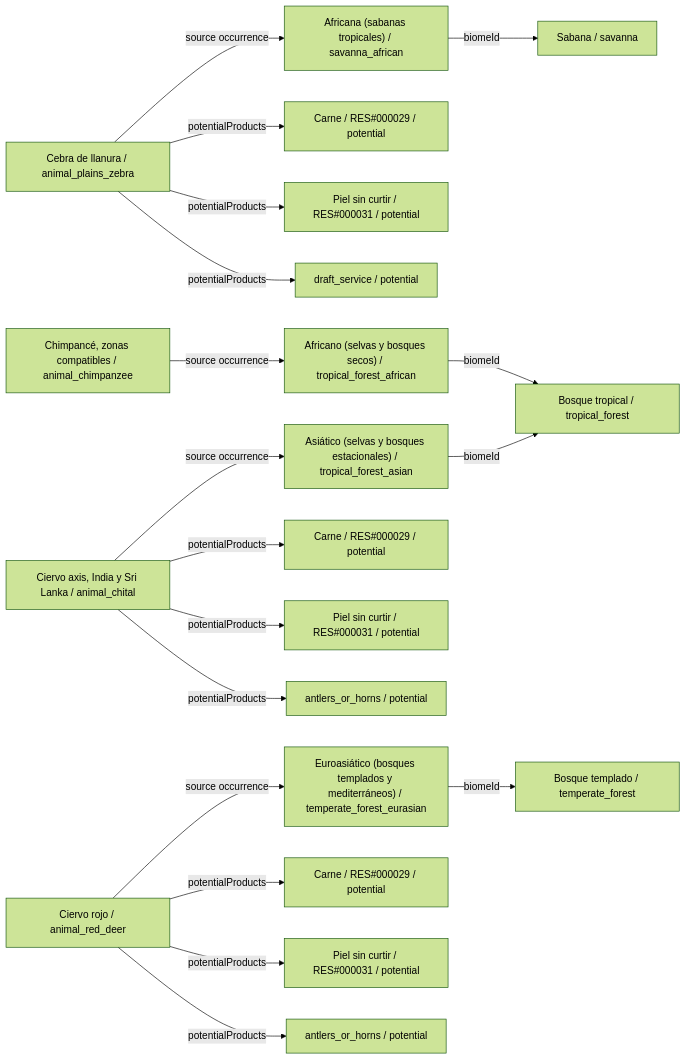
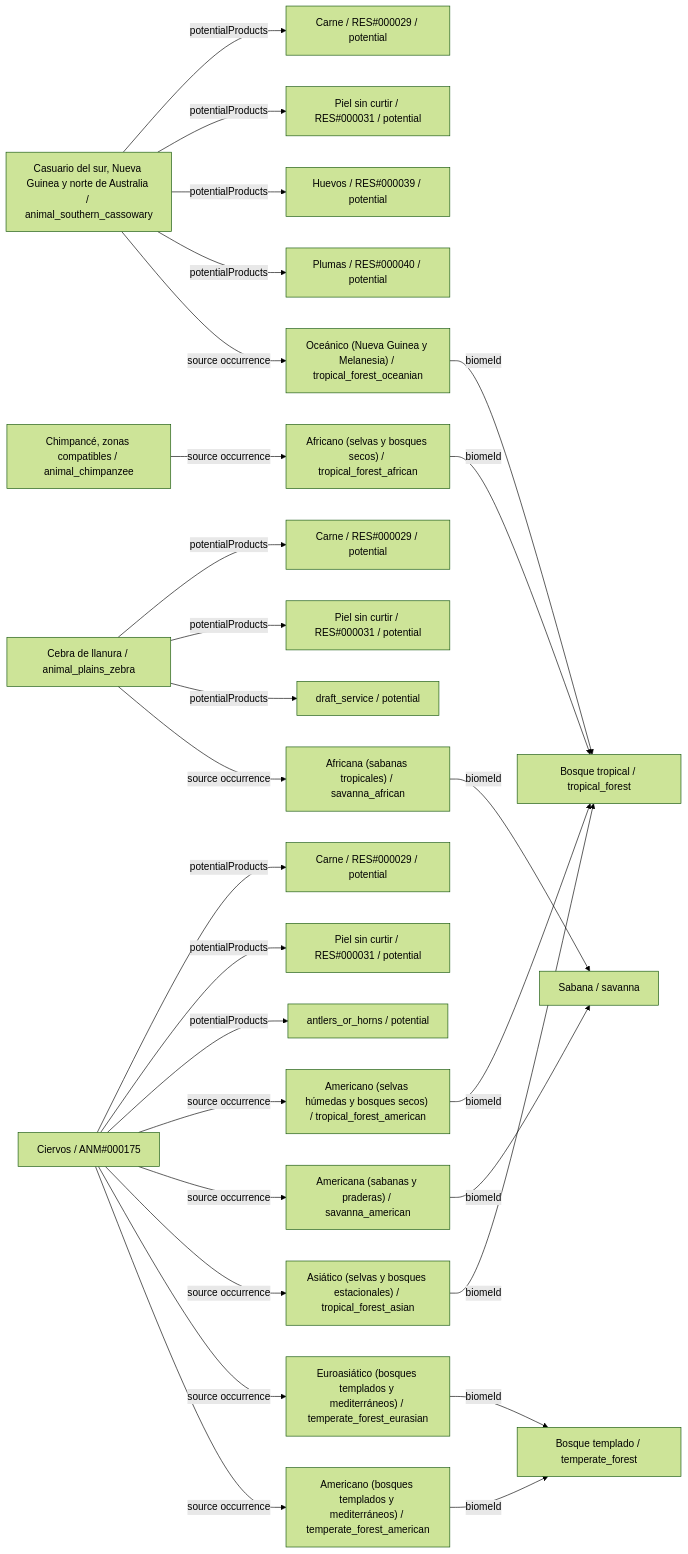
Before and after one commit to fgabo404/EvolveDoc: the sixth of 26 diagrams in data/animals/DIAGRAMS.es.md, drawn with Mermaid (forest theme). The commit also changed other lines of this file and 59 other files, not shown here.

````diff
--- a/data/animals/DIAGRAMS.es.md
+++ b/data/animals/DIAGRAMS.es.md
@@ -455,40 +358,54 @@
 ```mermaid
 flowchart LR
-    c0["Cebra de llanura / animal_plains_zebra"]
+    c0["Casuario del sur, Nueva Guinea y norte de Australia / animal_southern_cassowary"]
+    v3["Oceánico (Nueva Guinea y Melanesia) / tropical_forest_oceanian"]
+    b0["Bosque tropical / tropical_forest"]
+    o0_0["Carne / RES#000029 / potential"]
+    o0_1["Piel sin curtir / RES#000031 / potential"]
+    o0_2["Huevos / RES#000039 / potential"]
+    o0_3["Plumas / RES#000040 / potential"]
+    c1["Cebra de llanura / animal_plains_zebra"]
     v11["Africana (sabanas tropicales) / savanna_african"]
     b3["Sabana / savanna"]
-    o0_0["Carne / RES#000029 / potential"]
-    o0_1["Piel sin curtir / RES#000031 / potential"]
-    o0_2["draft_service / potential"]
-    c1["Chimpancé, zonas compatibles / animal_chimpanzee"]
+    o1_0["Carne / RES#000029 / potential"]
+    o1_1["Piel sin curtir / RES#000031 / potential"]
+    o1_2["draft_service / potential"]
+    c2["Chimpancé, zonas compatibles / animal_chimpanzee"]
     v1["Africano (selvas y bosques secos) / tropical_forest_african"]
-    b0["Bosque tropical / tropical_forest"]
-    c2["Ciervo axis, India y Sri Lanka / animal_chital"]
+    c3["Ciervos / ANM#000175"]
+    v0["Americano (selvas húmedas y bosques secos) / tropical_forest_american"]
     v2["Asiático (selvas y bosques estacionales) / tropical_forest_asian"]
-    o2_0["Carne / RES#000029 / potential"]
-    o2_1["Piel sin curtir / RES#000031 / potential"]
-    o2_2["antlers_or_horns / potential"]
-    c3["Ciervo rojo / animal_red_deer"]
     v4["Euroasiático (bosques templados y mediterráneos) / temperate_forest_eurasian"]
     b1["Bosque templado / temperate_forest"]
+    v5["Americano (bosques templados y mediterráneos) / temperate_forest_american"]
+    v12["Americana (sabanas y praderas) / savanna_american"]
     o3_0["Carne / RES#000029 / potential"]
     o3_1["Piel sin curtir / RES#000031 / potential"]
     o3_2["antlers_or_horns / potential"]
     c0 -->|potentialProducts| o0_0
     c0 -->|potentialProducts| o0_1
     c0 -->|potentialProducts| o0_2
-    c0 -->|source occurrence| v11
-    c1 -->|source occurrence| v1
-    c2 -->|potentialProducts| o2_0
-    c2 -->|potentialProducts| o2_1
-    c2 -->|potentialProducts| o2_2
-    c2 -->|source occurrence| v2
+    c0 -->|potentialProducts| o0_3
+    c0 -->|source occurrence| v3
+    c1 -->|potentialProducts| o1_0
+    c1 -->|potentialProducts| o1_1
+    c1 -->|potentialProducts| o1_2
+    c1 -->|source occurrence| v11
+    c2 -->|source occurrence| v1
     c3 -->|potentialProducts| o3_0
     c3 -->|potentialProducts| o3_1
     c3 -->|potentialProducts| o3_2
+    c3 -->|source occurrence| v0
+    c3 -->|source occurrence| v12
+    c3 -->|source occurrence| v2
     c3 -->|source occurrence| v4
+    c3 -->|source occurrence| v5
+    v0 -->|biomeId| b0
     v1 -->|biomeId| b0
     v11 -->|biomeId| b3
+    v12 -->|biomeId| b3
     v2 -->|biomeId| b0
+    v3 -->|biomeId| b0
     v4 -->|biomeId| b1
+    v5 -->|biomeId| b1
 ```
````
